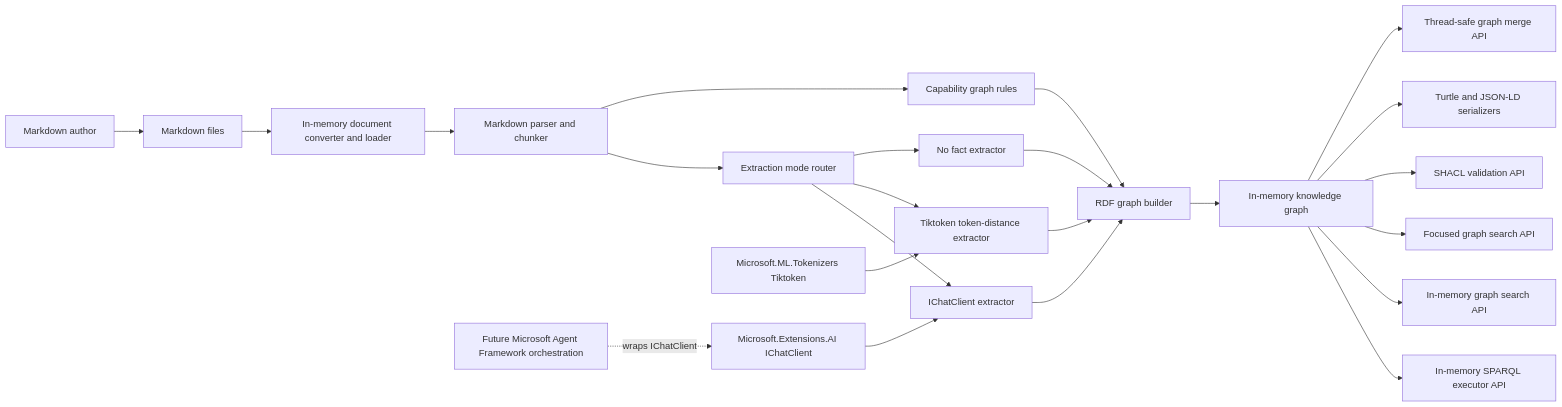
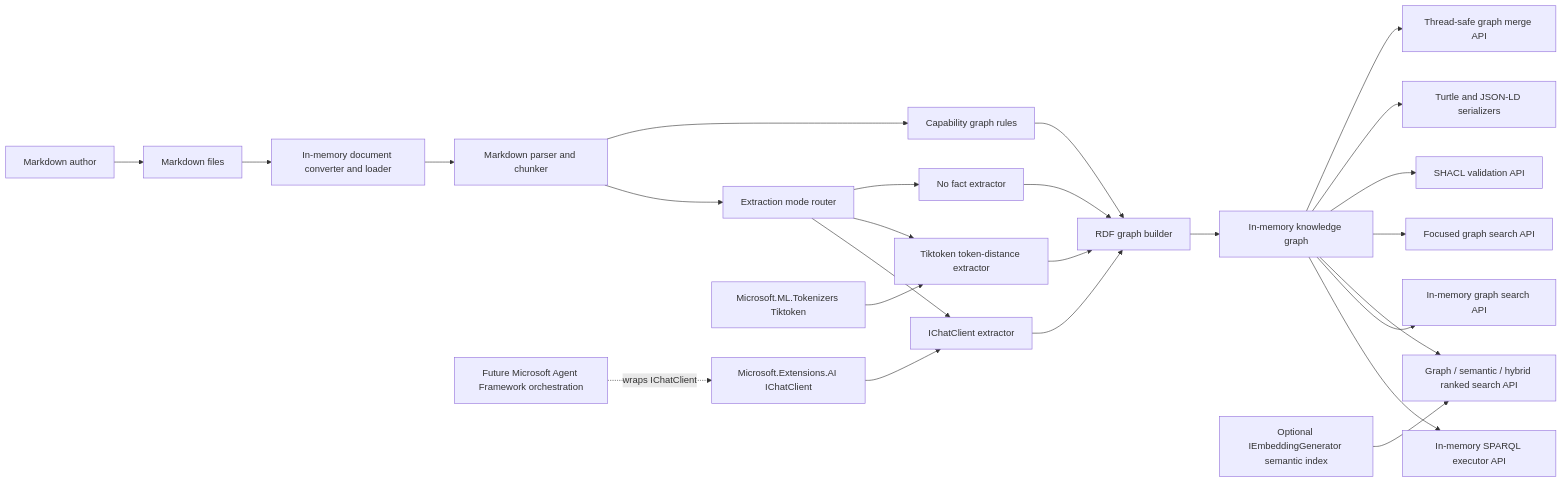
The first of 4 diagrams in docs/Architecture.md (managedcode/markdown-ld-kb), drawn with Mermaid before and after one commit. The commit also changed other lines of this file and 12 other files, not shown here.

````diff
--- a/docs/Architecture.md
+++ b/docs/Architecture.md
@@ -17,25 +17,27 @@
 ```mermaid
 flowchart LR
     Author["Markdown author"] --> MarkdownFiles["Markdown files"]
     MarkdownFiles --> Loader["In-memory document converter and loader"]
     Loader --> Parser["Markdown parser and chunker"]
     Parser --> Router["Extraction mode router"]
     Parser --> Rules["Capability graph rules"]
     Router --> ChatExtractor["IChatClient extractor"]
     Router --> TokenExtractor["Tiktoken token-distance extractor"]
     Router --> NoExtractor["No fact extractor"]
     Rules --> Builder
     ChatExtractor --> Builder["RDF graph builder"]
     TokenExtractor --> Builder
     NoExtractor --> Builder
     Builder --> Graph["In-memory knowledge graph"]
     Graph --> Sparql["In-memory SPARQL executor API"]
     Graph --> Search["In-memory graph search API"]
+    Graph --> Ranked["Graph / semantic / hybrid ranked search API"]
     Graph --> Focused["Focused graph search API"]
     Graph --> Shacl["SHACL validation API"]
     Graph --> Serializers["Turtle and JSON-LD serializers"]
     Graph --> Merge["Thread-safe graph merge API"]
+    Embedder["Optional IEmbeddingGenerator semantic index"] --> Ranked
     IChatClient["Microsoft.Extensions.AI IChatClient"] --> ChatExtractor
     Tokenizer["Microsoft.ML.Tokenizers Tiktoken"] --> TokenExtractor
     AgentFramework["Future Microsoft Agent Framework orchestration"] -. "wraps IChatClient" .-> IChatClient
 ```
````
